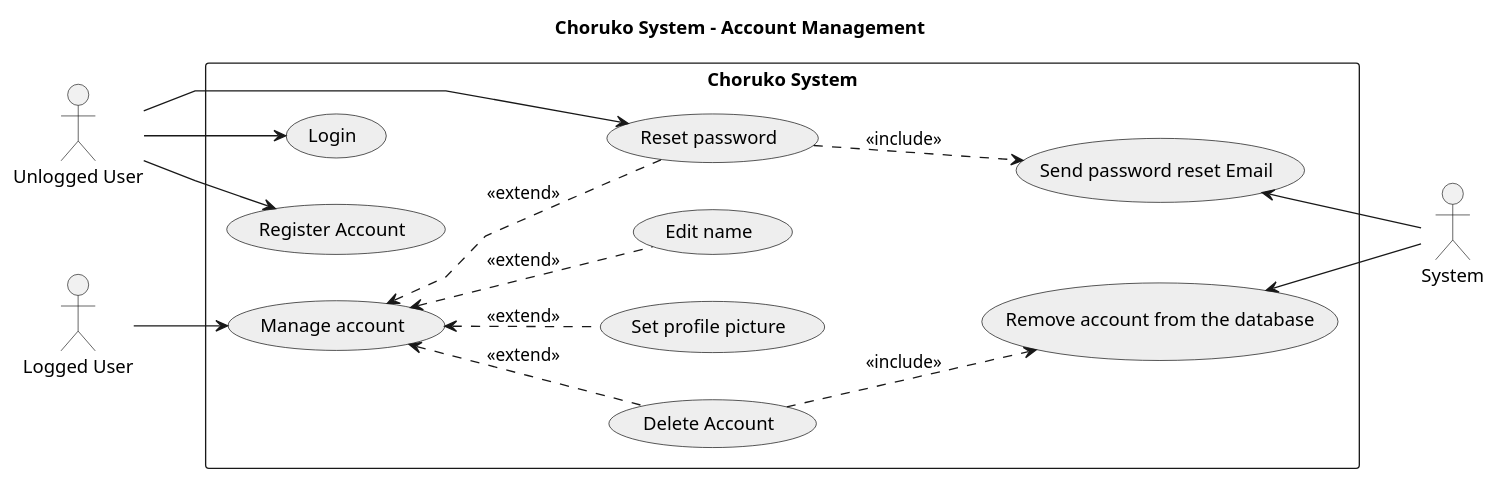
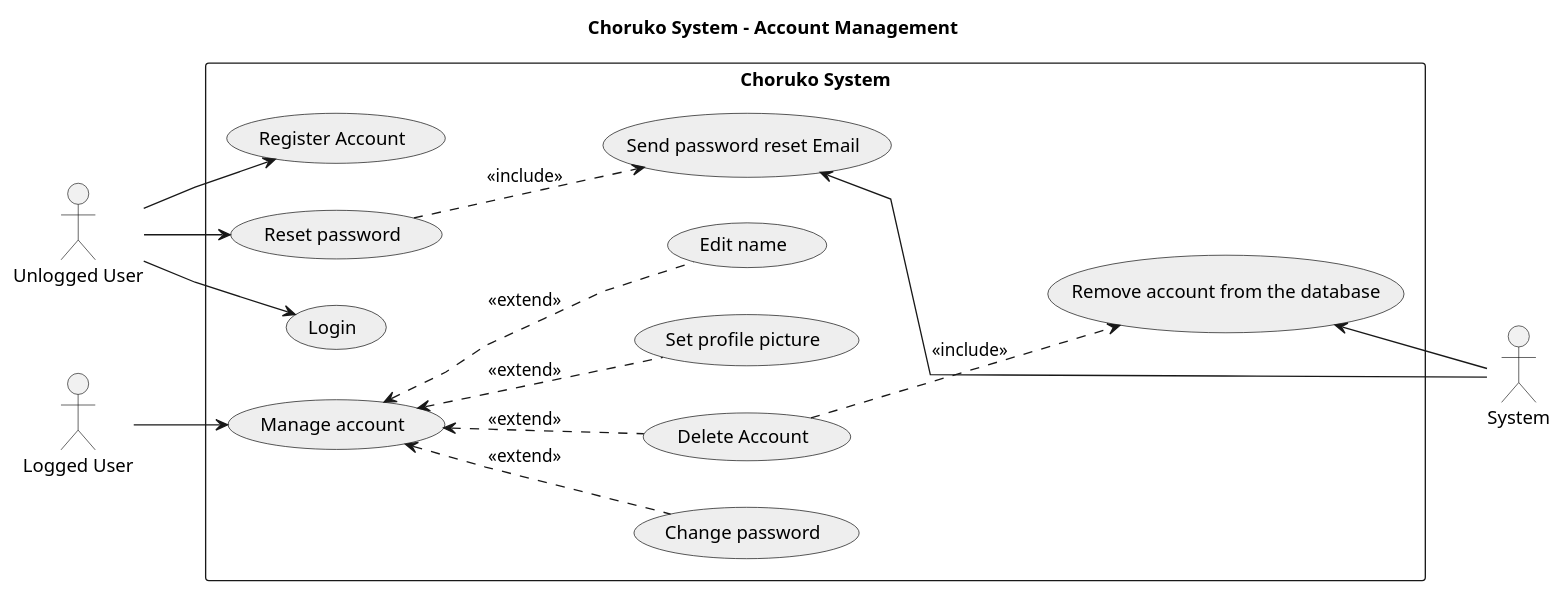
The diagram in docs/UML/use-case-diagrams/account-management-diagram.puml (psampir/choruko), drawn with PlantUML before and after one commit. The commit also changed 2 other files, not shown here.

Commit message:
docs/updated function flow

```diff
--- a/docs/UML/use-case-diagrams/account-management-diagram.puml
+++ b/docs/UML/use-case-diagrams/account-management-diagram.puml
@@ -1,39 +1,40 @@
 @startuml account-management
 
 title Choruko System - Account Management
 skinparam usecaseBorderColor #000000
 skinparam usecaseBackgroundColor #EEEEEE
 skinparam packageStyle rectangle
 skinparam linetype polyline
 left to right direction
 
 :Unlogged User: as u_user
 :Logged User: as l_user
 :System: as system
 
 rectangle "Choruko System" {
   usecase "Login" as UC1
   usecase "Register Account" as UC2
   usecase "Delete Account" as UC3
   usecase "Manage account" as UC5
   usecase "Reset password" as UC6
+  usecase "Change password" as UC10
   usecase "Set profile picture" as UC4
   usecase "Edit name" as UC9
   usecase "Send password reset Email" as UC7
   usecase "Remove account from the database" as UC8
 }
 
 u_user --> UC1
 u_user --> UC2
 u_user --> UC6
 l_user --> UC5
 UC5 <.. UC3 : <<extend>>
-UC5 <.. UC6 : <<extend>>
+UC5 <.. UC10 : <<extend>>
 UC5 <.. UC4 : <<extend>>
 UC5 <.. UC9 : <<extend>>
 UC6 ..> UC7 : <<include>>
 UC3 ..> UC8 : <<include>>
 UC7 <-- system 
 UC8 <-- system
 
 @enduml
```
